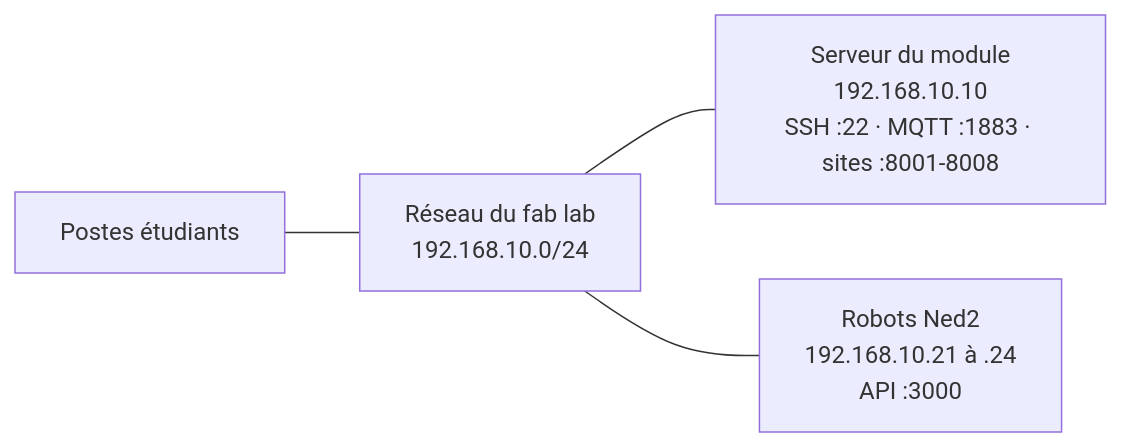
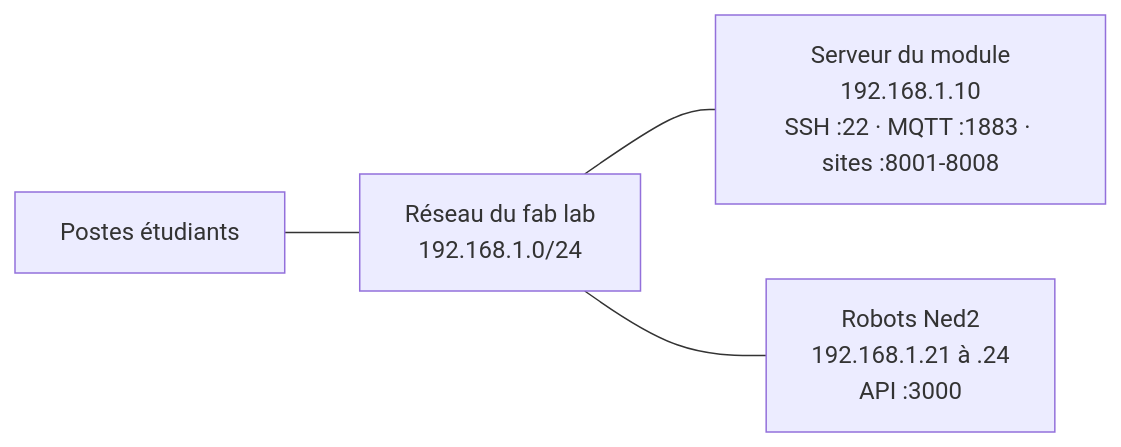
The fifth of 6 diagrams in README.md (fabrice1618/niryo2), drawn with Mermaid before and after one commit. The commit also changed 45 other files, not shown here.

First line of the commit message:
Plan d'adressage du fab lab 192.168.1.0/24, routeurs Wi-Fi fournis, fiche ISTP

````diff
--- a/README.md
+++ b/README.md
@@ -207,6 +207,6 @@
 ```mermaid
 flowchart LR
-    PE["Postes étudiants"] --- SW["Réseau du fab lab<br/>192.168.10.0/24"]
-    SW --- SV["Serveur du module<br/>192.168.10.10<br/>SSH :22 · MQTT :1883 · sites :8001-8008"]
-    SW --- ROB["Robots Ned2<br/>192.168.10.21 à .24<br/>API :3000"]
+    PE["Postes étudiants"] --- SW["Réseau du fab lab<br/>192.168.1.0/24"]
+    SW --- SV["Serveur du module<br/>192.168.1.10<br/>SSH :22 · MQTT :1883 · sites :8001-8008"]
+    SW --- ROB["Robots Ned2<br/>192.168.1.21 à .24<br/>API :3000"]
 ```
````
